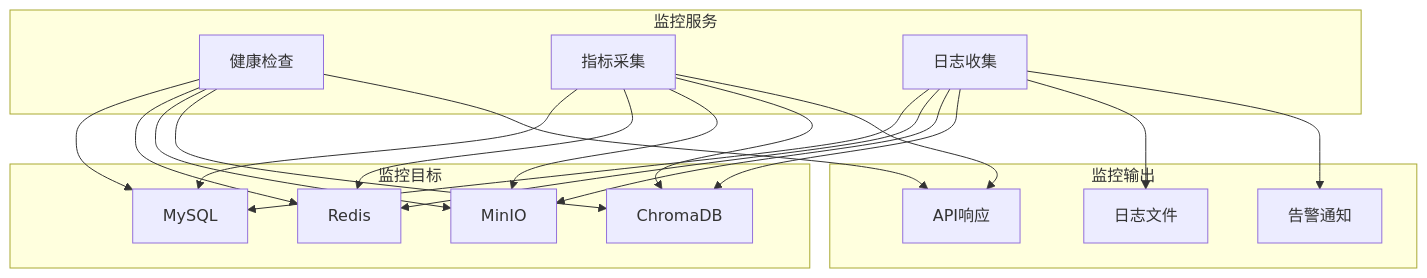
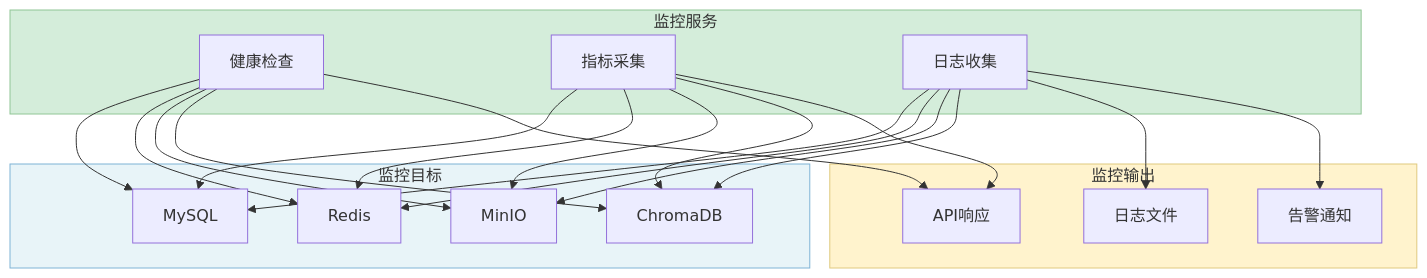
Before and after one commit to xt765/ResumeScreening: the seventh of 8 diagrams in docs/api.md, drawn with Mermaid. The commit also changed other lines of this file and 4 other files, not shown here.

````diff
--- a/docs/api.md
+++ b/docs/api.md
@@ -742,29 +743,33 @@
 ```mermaid
 graph TB
-    subgraph 监控目标
+    subgraph Targets [监控目标]
         A[MySQL]
         B[Redis]
         C[MinIO]
         D[ChromaDB]
     end
     
-    subgraph 监控服务
+    subgraph Monitor [监控服务]
         E[健康检查]
         F[指标采集]
         G[日志收集]
     end
     
-    subgraph 监控输出
+    subgraph Output [监控输出]
         H[API响应]
         I[日志文件]
         J[告警通知]
     end
     
     E --> A & B & C & D
     F --> A & B & C & D
     G --> A & B & C & D
     
     E --> H
     F --> H
     G --> I & J
+    
+    style Targets fill:#e8f4f8,stroke:#7fb3d5
+    style Monitor fill:#d4edda,stroke:#90c695
+    style Output fill:#fff3cd,stroke:#e0c97f
 ```
````
